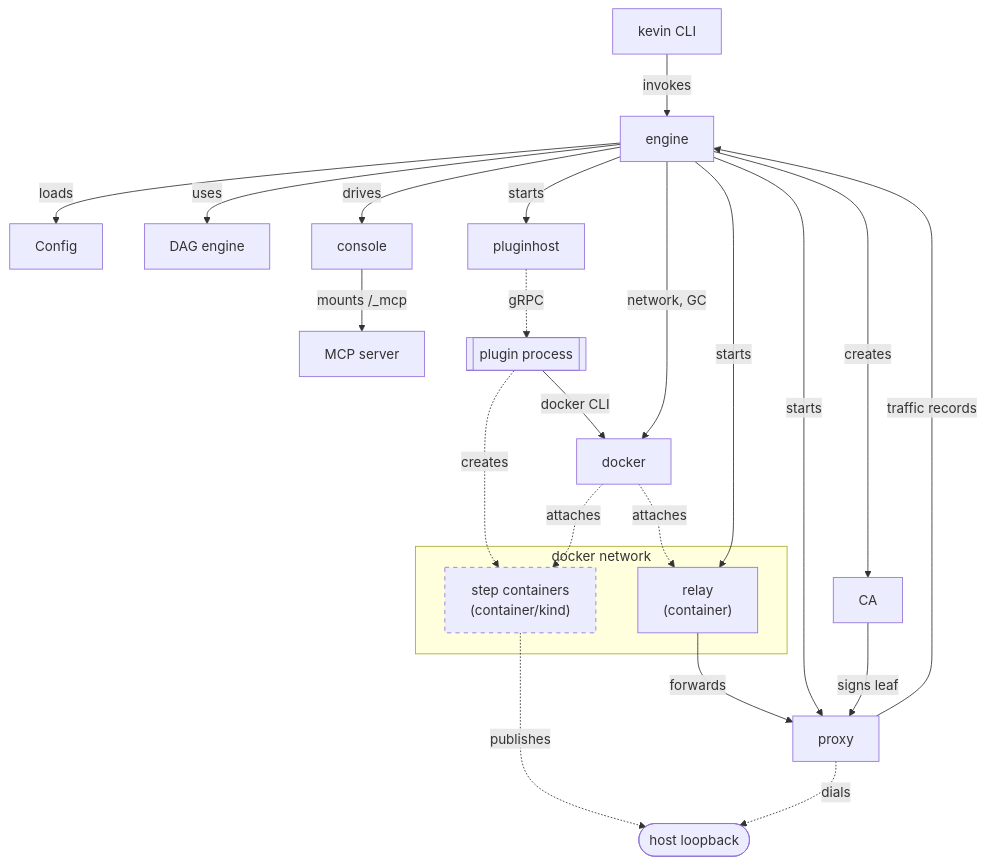
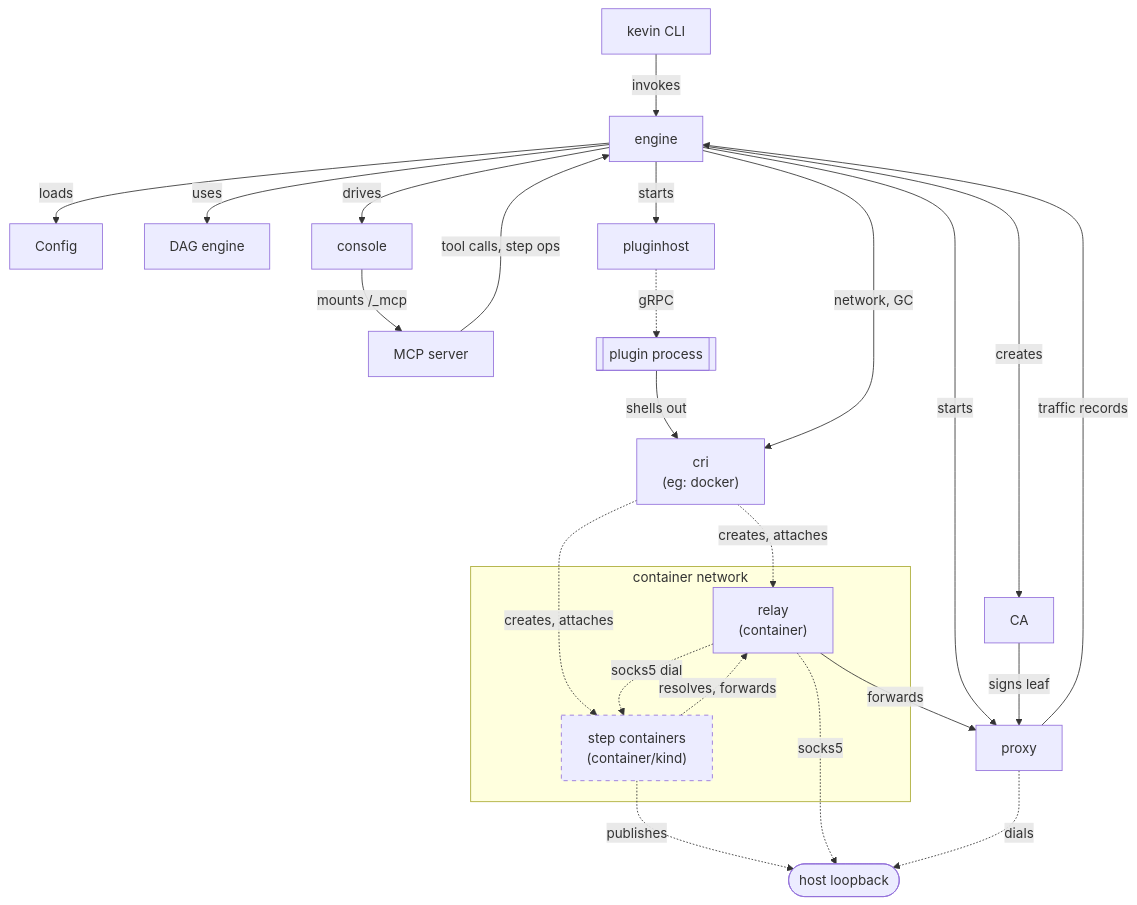
One commit to justenwalker/kevin changed the diagram in docs/site/content/docs/concepts/architecture.md. Above: the diagram before and after it, drawn with Mermaid. The commit also changed other lines of this file and 21 other files, not shown here.

````diff
--- a/docs/site/content/docs/concepts/architecture.md
+++ b/docs/site/content/docs/concepts/architecture.md
@@ -12,44 +12,46 @@
 ```mermaid
 graph TD
     CLI["kevin CLI"]
     ENG[engine]
     CFG["Config"]
     DAG["DAG engine"]
     HOST[pluginhost]
     CON[console]
     CA["CA"]
     MCPN[MCP server]
     PLUG[["plugin process"]]
-    D[docker]
+    CRI["cri<br/>(eg: docker)"]
     PROXY[proxy]
     LOOP(["host loopback"])
 
-    subgraph DOCKERNET["docker network"]
+    subgraph DOCKERNET["container network"]
         RELAY["relay<br/>(container)"]
         STEPC["step containers<br/>(container/kind)"]
     end
 
     CLI -->|invokes| ENG
     ENG -->|loads| CFG
     ENG -->|uses| DAG
     ENG -->|starts| HOST
     ENG -->|drives| CON
     ENG -->|creates| CA
     CON -->|mounts /_mcp| MCPN
+    MCPN -->|tool calls, step ops| ENG
     HOST -.gRPC.-> PLUG
-    PLUG -->|docker CLI| D
-    ENG -->|network, GC| D
-    PLUG -.->|creates| STEPC
+    PLUG -->|shells out| CRI
+    ENG -->|network, GC| CRI
     STEPC -.->|publishes| LOOP
+    STEPC -.->|resolves, forwards| RELAY
+    RELAY -.->|socks5| LOOP
     PROXY -.->|dials| LOOP
     RELAY -->|forwards| PROXY
     ENG -->|starts| PROXY
     CA -->|signs leaf| PROXY
-    D -.attaches.-> RELAY
-    ENG -->|starts| RELAY
-    D -.attaches.-> STEPC
+    CRI -.->|creates, attaches| RELAY
+    CRI -.->|creates, attaches| STEPC
+    RELAY -.->|socks5 dial| STEPC
     PROXY -->|traffic records| ENG
 
     classDef dashedNode stroke-dasharray: 5 5
     class STEPC dashedNode
 ```
````
